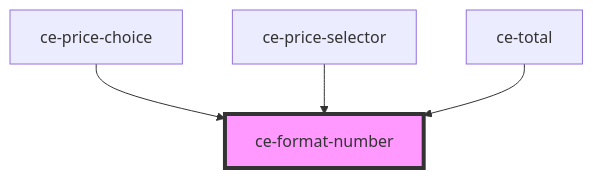
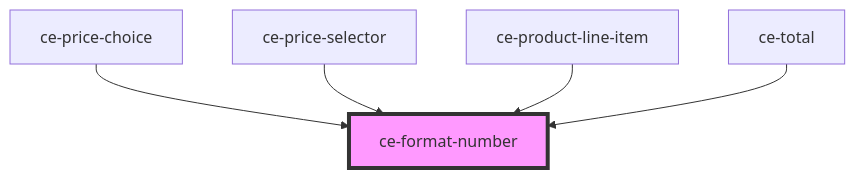
Before and after one commit to surecart/surecart-wp-plugin: the diagram in packages/components/src/components/util/format-number/readme.md, drawn with Mermaid. The commit also changed other lines of this file and 50 other files, not shown here.

````diff
--- a/packages/components/src/components/util/format-number/readme.md
+++ b/packages/components/src/components/util/format-number/readme.md
@@ -35,7 +36,8 @@
 ```mermaid
 graph TD;
   ce-price-choice --> ce-format-number
   ce-price-selector --> ce-format-number
+  ce-product-line-item --> ce-format-number
   ce-total --> ce-format-number
   style ce-format-number fill:#f9f,stroke:#333,stroke-width:4px
 ```
````
